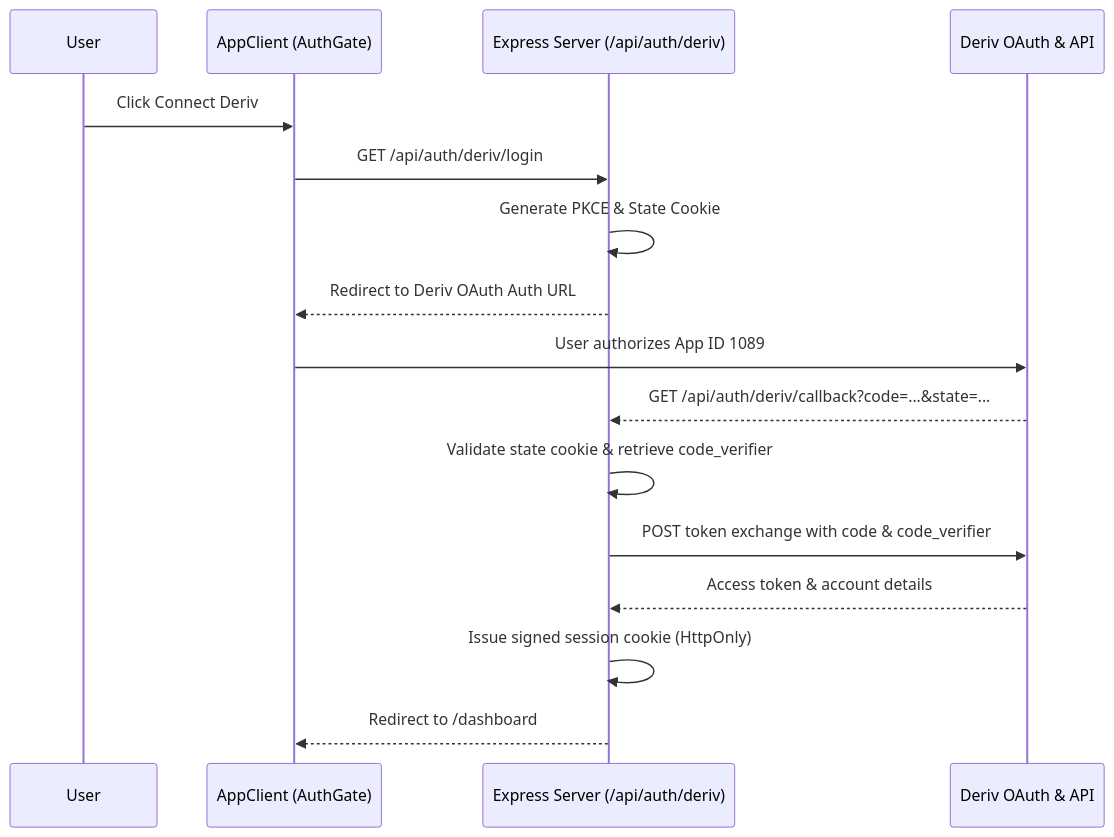
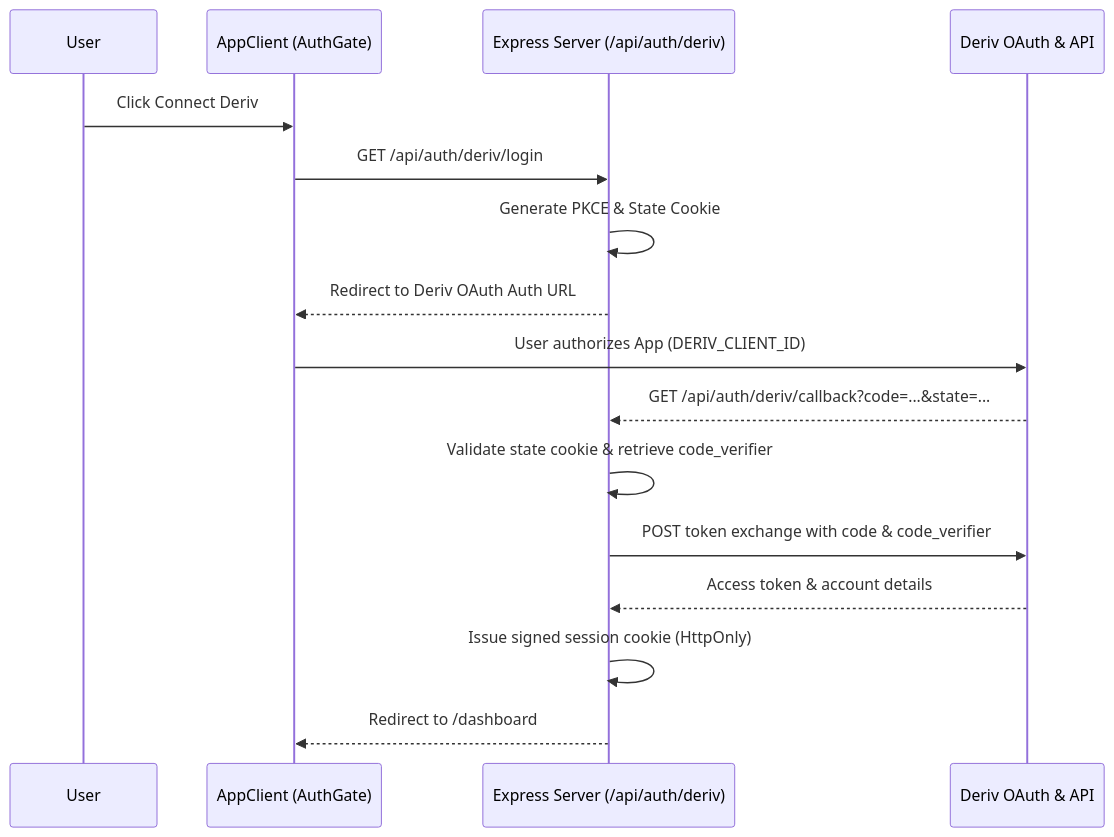
The diagram in docs/13-deriv-integration.md (AlexObwogi/AppexQuant-Global-Markets), drawn with Mermaid before and after one commit. The commit also changed 13 other files, not shown here.

````diff
--- a/docs/13-deriv-integration.md
+++ b/docs/13-deriv-integration.md
@@ -11,19 +11,19 @@
 ```mermaid
 sequenceDiagram
     participant User
     participant AppClient as AppClient (AuthGate)
     participant Server as Express Server (/api/auth/deriv)
     participant Deriv as Deriv OAuth & API
 
     User->>AppClient: Click Connect Deriv
     AppClient->>Server: GET /api/auth/deriv/login
     Server->>Server: Generate PKCE & State Cookie
     Server-->>AppClient: Redirect to Deriv OAuth Auth URL
-    AppClient->>Deriv: User authorizes App ID 1089
+    AppClient->>Deriv: User authorizes App (DERIV_CLIENT_ID)
     Deriv-->>Server: GET /api/auth/deriv/callback?code=...&state=...
     Server->>Server: Validate state cookie & retrieve code_verifier
     Server->>Deriv: POST token exchange with code & code_verifier
     Deriv-->>Server: Access token & account details
     Server->>Server: Issue signed session cookie (HttpOnly)
     Server-->>AppClient: Redirect to /dashboard
 ```
````
